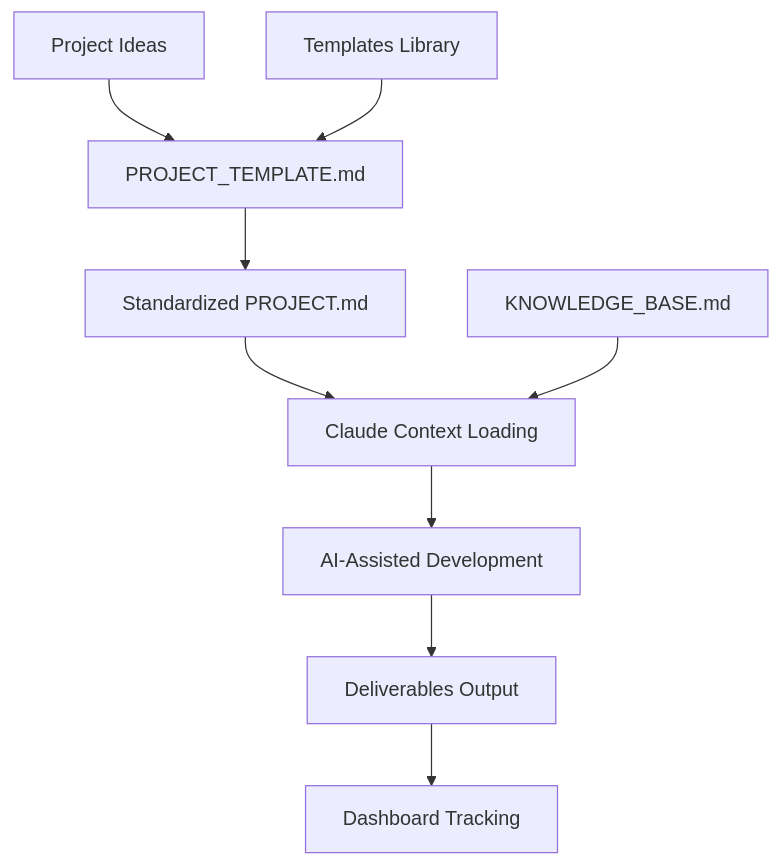
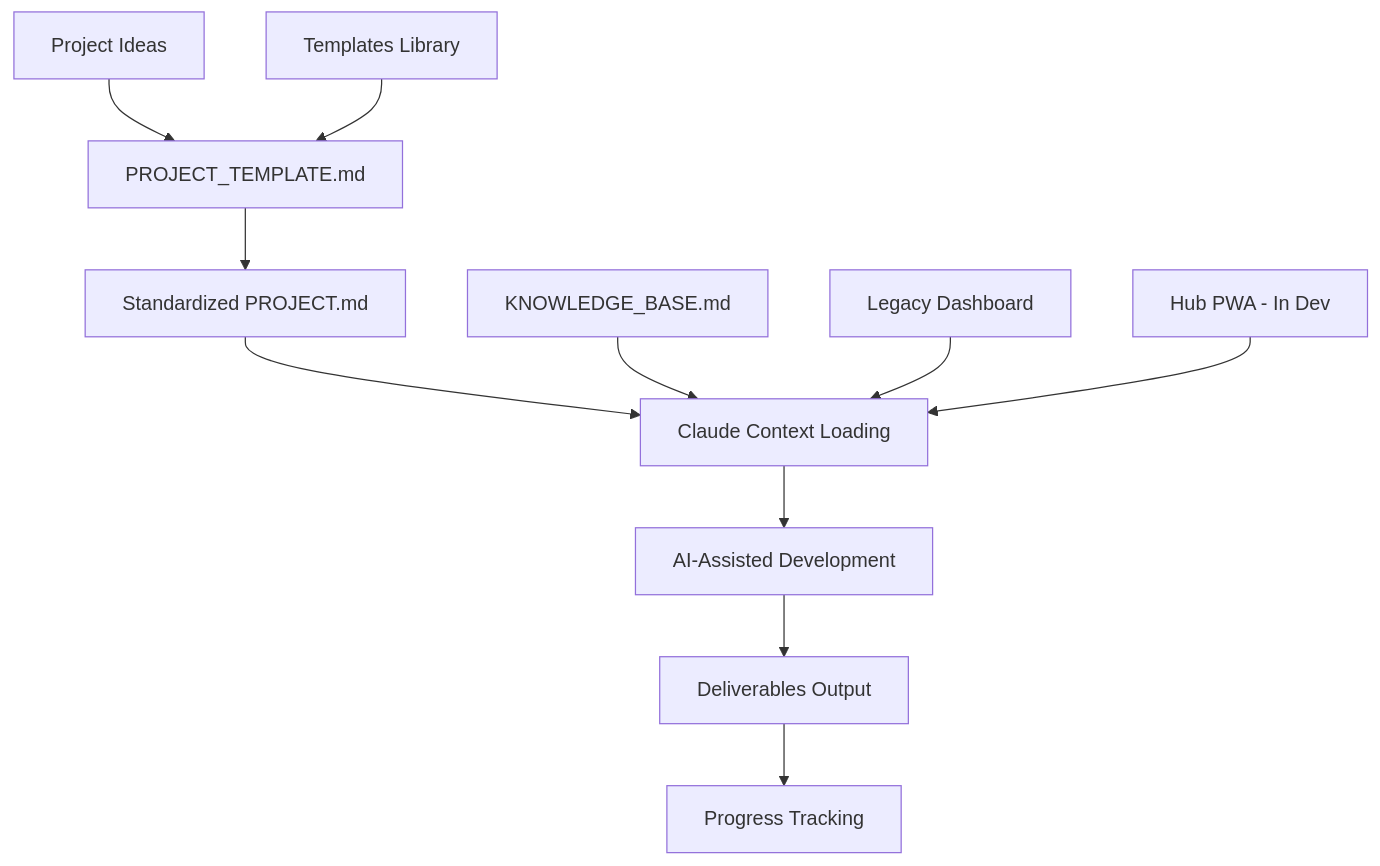
The diagram in README.md (Noobucodonosor/claude-24h-project), drawn with Mermaid before and after one commit. The commit also changed other lines of this file and 4 other files, not shown here.

````diff
--- a/README.md
+++ b/README.md
@@ -101,12 +115,15 @@
 ```mermaid
 graph TB
     A[Project Ideas] --> B[PROJECT_TEMPLATE.md]
     B --> C[Standardized PROJECT.md]
     C --> D[Claude Context Loading]
     D --> E[AI-Assisted Development]
     E --> F[Deliverables Output]
-    F --> G[Dashboard Tracking]
+    F --> G[Progress Tracking]
     
     H[KNOWLEDGE_BASE.md] --> D
     I[Templates Library] --> B
+    
+    J[Legacy Dashboard] --> D
+    K[Hub PWA - In Dev] --> D
 ```
````
